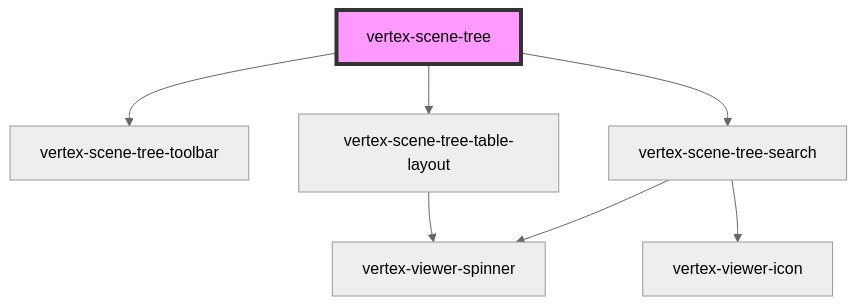
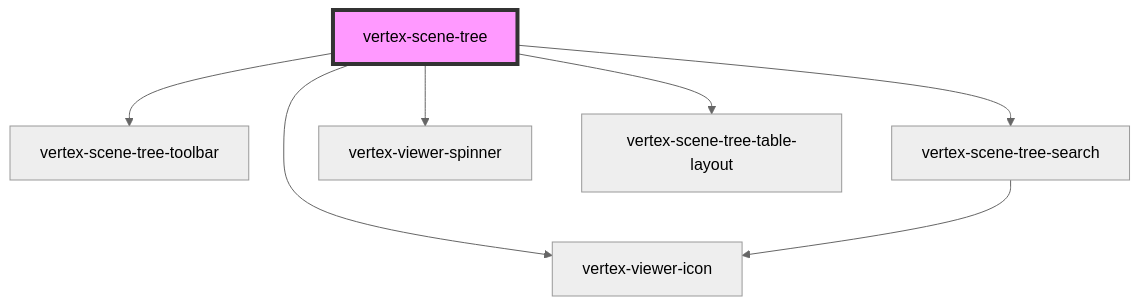
Before and after one commit to Vertexvis/vertex-web-sdk: the diagram in packages/viewer/src/components/scene-tree/readme.md, drawn with Mermaid (neutral theme). The commit also changed other lines of this file and 5 other files, not shown here.

````diff
--- a/packages/viewer/src/components/scene-tree/readme.md
+++ b/packages/viewer/src/components/scene-tree/readme.md
@@ -504,10 +506,10 @@
 ```mermaid
 graph TD;
   vertex-scene-tree --> vertex-scene-tree-toolbar
   vertex-scene-tree --> vertex-scene-tree-search
+  vertex-scene-tree --> vertex-viewer-spinner
+  vertex-scene-tree --> vertex-viewer-icon
   vertex-scene-tree --> vertex-scene-tree-table-layout
-  vertex-scene-tree-search --> vertex-viewer-spinner
   vertex-scene-tree-search --> vertex-viewer-icon
-  vertex-scene-tree-table-layout --> vertex-viewer-spinner
   style vertex-scene-tree fill:#f9f,stroke:#333,stroke-width:4px
 ```
````
